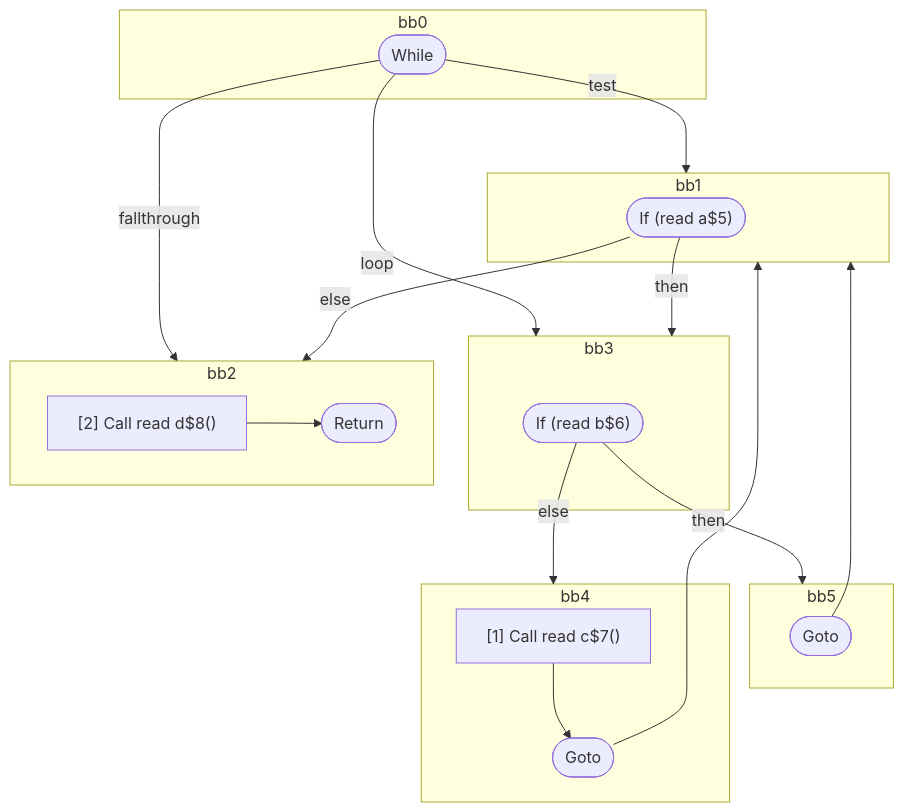
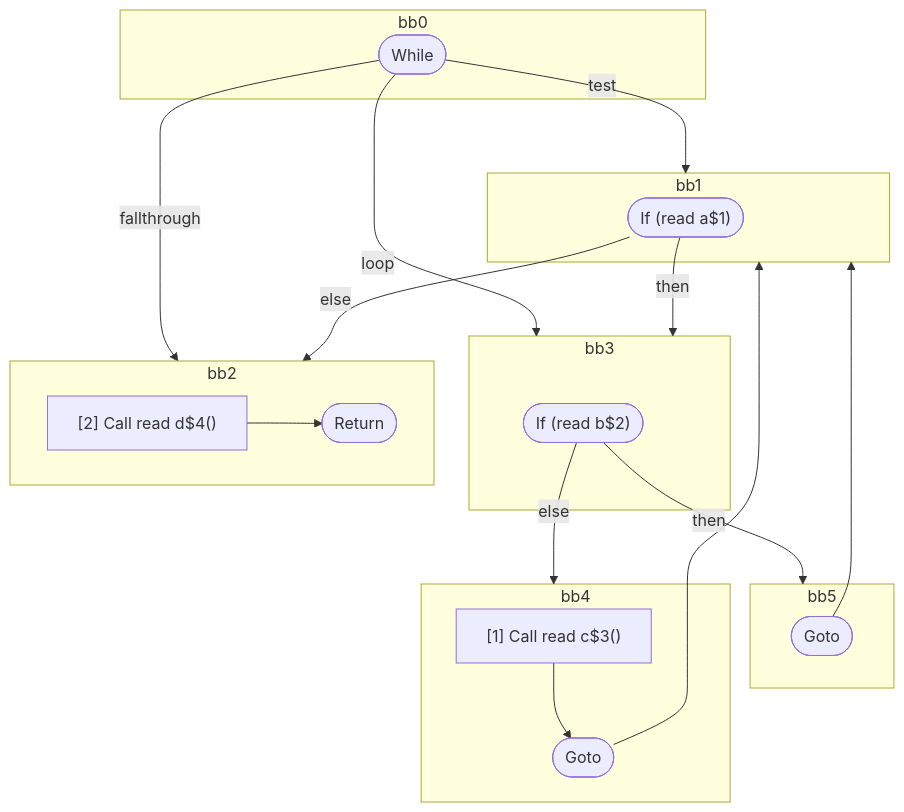
The diagram in compiler/forget/src/__tests__/fixtures/hir/while-conditional-continue.expect.md (wutsmog/private), drawn with Mermaid before and after one commit. The commit also changed other lines of this file and 57 other files, not shown here.

````diff
--- a/compiler/forget/src/__tests__/fixtures/hir/while-conditional-continue.expect.md
+++ b/compiler/forget/src/__tests__/fixtures/hir/while-conditional-continue.expect.md
@@ -44,40 +44,40 @@
 ```mermaid
 flowchart TB
   %% Basic Blocks
   subgraph bb0
     bb0_terminal(["While"])
   end
   subgraph bb1
-    bb1_terminal(["If (read a$5)"])
+    bb1_terminal(["If (read a$1)"])
   end
   subgraph bb3
-    bb3_terminal(["If (read b$6)"])
+    bb3_terminal(["If (read b$2)"])
   end
   subgraph bb5
     bb5_terminal(["Goto"])
   end
   subgraph bb4
     bb4_instrs["
-      [1] Call read c$7()
+      [1] Call read c$3()
     "]
     bb4_instrs --> bb4_terminal(["Goto"])
   end
   subgraph bb2
     bb2_instrs["
-      [2] Call read d$8()
+      [2] Call read d$4()
     "]
     bb2_instrs --> bb2_terminal(["Return"])
   end
 
   %% Jumps
   bb0_terminal -- test --> bb1
   bb0_terminal -- loop --> bb3
   bb0_terminal -- fallthrough --> bb2
   bb1_terminal -- then --> bb3
   bb1_terminal -- else --> bb2
   bb3_terminal -- then --> bb5
   bb3_terminal -- else --> bb4
   bb5_terminal --> bb1
   bb4_terminal --> bb1
 
 ```
````
